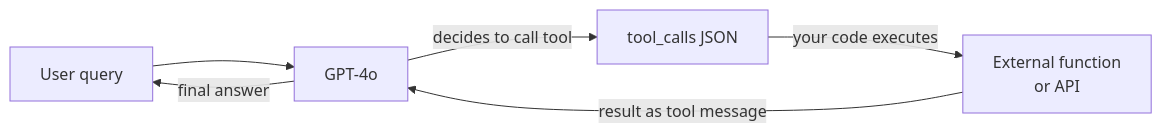
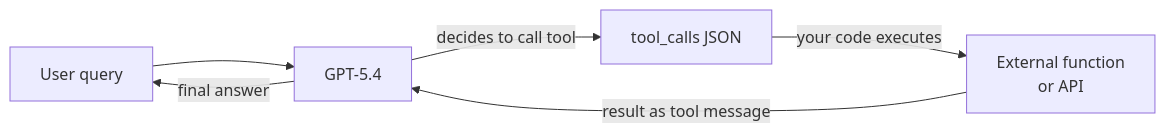
One commit to EmersonBraun/ai-summary-hub changed the second of 2 diagrams in next/content/docs/en/model-providers/openai.mdx. Above: the diagram before and after it, drawn with Mermaid. The commit also changed other lines of this file and 211 other files, not shown here.

````diff
--- a/next/content/docs/en/model-providers/openai.mdx
+++ b/next/content/docs/en/model-providers/openai.mdx
@@ -41,8 +49,8 @@
 ```mermaid
 flowchart LR
-  User[User query] --> LLM[GPT-4o]
+  User[User query] --> LLM[GPT-5.4]
   LLM -->|decides to call tool| ToolCall[tool_calls JSON]
   ToolCall -->|your code executes| ExtFn[External function\nor API]
   ExtFn -->|result as tool message| LLM
   LLM -->|final answer| User
 ```
````
